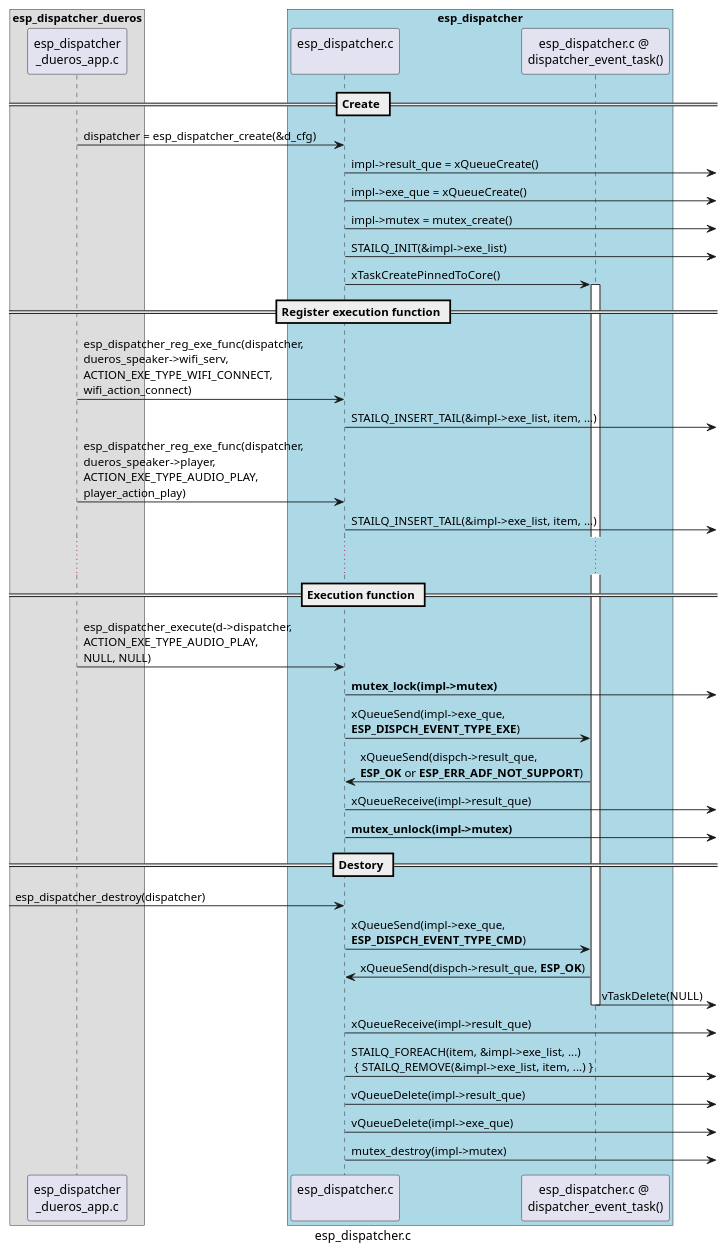
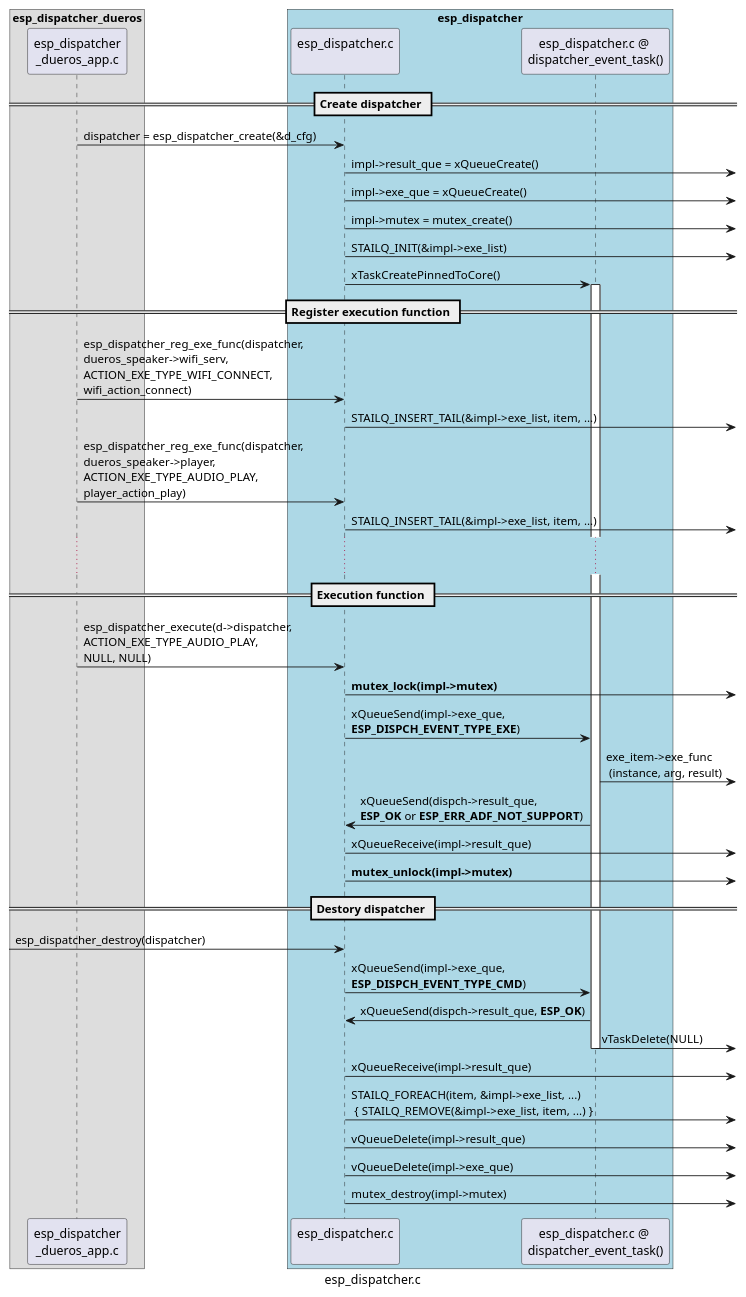
One commit to liangzhu2008/learn-esp-adf changed the first of 5 diagrams in docs/inside-dispatcher/esp_dispatcher.rst. Above: the diagram before and after it, drawn with PlantUML. The commit also changed other lines of this file and 2 other files, not shown here.

```diff
--- a/docs/inside-dispatcher/esp_dispatcher.rst
+++ b/docs/inside-dispatcher/esp_dispatcher.rst
@@ -10,51 +13,52 @@
 .. uml::
 
     caption esp_dispatcher.c
 
     box "esp_dispatcher_dueros"
-    participant "esp_dispatcher\n_dueros_app.c"         as example           order 10
+    participant "esp_dispatcher\n_dueros_app.c"         as adf_app           order 10
     end box
 
     box "esp_dispatcher" #LightBlue
     participant "esp_dispatcher.c\n"                    as dispatcher_comp   order 20
     participant "esp_dispatcher.c @ \ndispatcher_event_task()" as dispatcher_task   order 30
     end box
       
-    == Create ==
-    example -> dispatcher_comp : dispatcher = esp_dispatcher_create(&d_cfg)
+    == Create dispatcher ==
+    adf_app -> dispatcher_comp : dispatcher = esp_dispatcher_create(&d_cfg)
 
     dispatcher_comp ->] : impl->result_que = xQueueCreate()
     dispatcher_comp ->] : impl->exe_que = xQueueCreate()
     dispatcher_comp ->] : impl->mutex = mutex_create()
     dispatcher_comp ->] : STAILQ_INIT(&impl->exe_list)
     dispatcher_comp -> dispatcher_task : xTaskCreatePinnedToCore()
     activate dispatcher_task 
 
     == Register execution function ==
-    example -> dispatcher_comp  : esp_dispatcher_reg_exe_func(dispatcher, \ndueros_speaker->wifi_serv, \nACTION_EXE_TYPE_WIFI_CONNECT, \nwifi_action_connect)
+    adf_app -> dispatcher_comp  : esp_dispatcher_reg_exe_func(dispatcher, \ndueros_speaker->wifi_serv, \nACTION_EXE_TYPE_WIFI_CONNECT, \nwifi_action_connect)
     dispatcher_comp ->]         : STAILQ_INSERT_TAIL(&impl->exe_list, item, ...)
-    example -> dispatcher_comp  : esp_dispatcher_reg_exe_func(dispatcher, \ndueros_speaker->player, \nACTION_EXE_TYPE_AUDIO_PLAY, \nplayer_action_play)
+    adf_app -> dispatcher_comp  : esp_dispatcher_reg_exe_func(dispatcher, \ndueros_speaker->player, \nACTION_EXE_TYPE_AUDIO_PLAY, \nplayer_action_play)
     dispatcher_comp ->]         : STAILQ_INSERT_TAIL(&impl->exe_list, item, ...)
     ...  ...
     
     == Execution function ==
-    example -> dispatcher_comp  : esp_dispatcher_execute(d->dispatcher, \nACTION_EXE_TYPE_AUDIO_PLAY, \nNULL, NULL)
+    adf_app -> dispatcher_comp  : esp_dispatcher_execute(d->dispatcher, \nACTION_EXE_TYPE_AUDIO_PLAY, \nNULL, NULL)
     dispatcher_comp ->]         : **mutex_lock(impl->mutex)**
     dispatcher_comp -> dispatcher_task : xQueueSend(impl->exe_que, \n**ESP_DISPCH_EVENT_TYPE_EXE**)
+    dispatcher_task ->]         : exe_item->exe_func \n (instance, arg, result)
     dispatcher_task -> dispatcher_comp : xQueueSend(dispch->result_que, \n**ESP_OK** or **ESP_ERR_ADF_NOT_SUPPORT**)
     dispatcher_comp ->]         : xQueueReceive(impl->result_que)
     dispatcher_comp ->]         : **mutex_unlock(impl->mutex)**
 
-    == Destory ==
+    == Destory dispatcher ==
     [-> dispatcher_comp : esp_dispatcher_destroy(dispatcher)
 
     dispatcher_comp -> dispatcher_task : xQueueSend(impl->exe_que, \n**ESP_DISPCH_EVENT_TYPE_CMD**)
     dispatcher_task -> dispatcher_comp : xQueueSend(dispch->result_que, **ESP_OK**)
     dispatcher_task ->] : vTaskDelete(NULL)
     deactivate dispatcher_task 
 
     dispatcher_comp ->] : xQueueReceive(impl->result_que)
     dispatcher_comp ->] : STAILQ_FOREACH(item, &impl->exe_list, ...) \n { STAILQ_REMOVE(&impl->exe_list, item, ...) }
     dispatcher_comp ->] : vQueueDelete(impl->result_que)
     dispatcher_comp ->] : vQueueDelete(impl->exe_que)
     dispatcher_comp ->] : mutex_destroy(impl->mutex)
```
